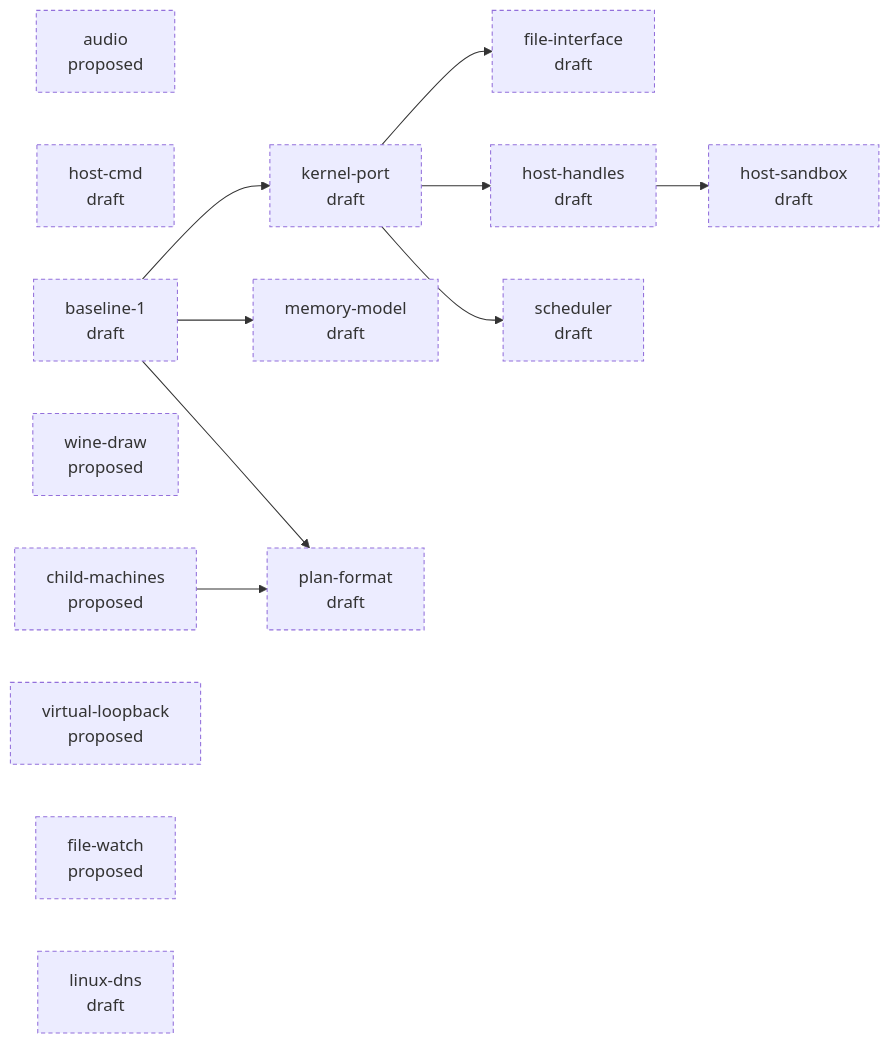
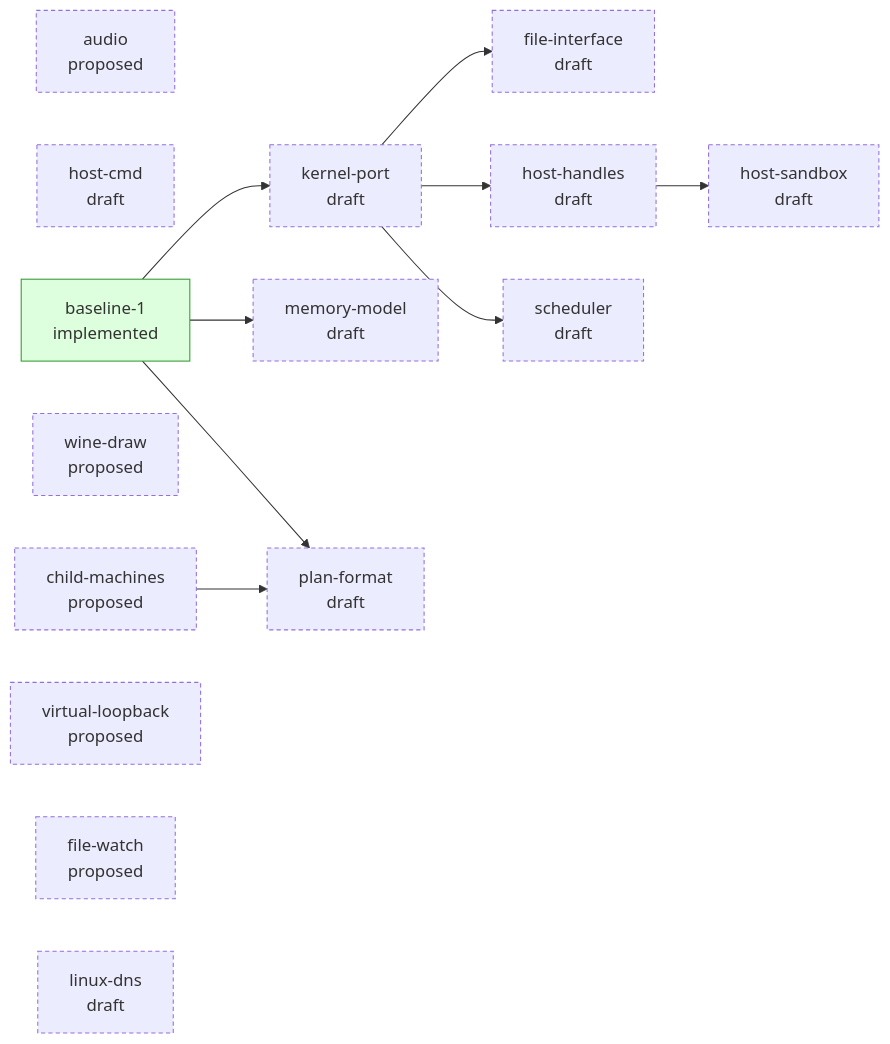
Before and after one commit to progrium/hyper9: the diagram in design/STATUS.md, drawn with Mermaid. The commit also changed other lines of this file, not shown here.

````diff
--- a/design/STATUS.md
+++ b/design/STATUS.md
@@ -25,30 +25,30 @@
 ```mermaid
 flowchart LR
   classDef draft stroke-dasharray: 4 3
   classDef accepted stroke-width: 2px
   classDef implemented fill:#dfd,stroke:#393
   classDef closed fill:#eee,stroke:#999,color:#777
   p_host_sandbox["host-sandbox<br/>draft"]:::draft
   p_audio["audio<br/>proposed"]:::draft
   p_host_cmd["host-cmd<br/>draft"]:::draft
   p_child_machines["child-machines<br/>proposed"]:::draft
   p_wine_draw["wine-draw<br/>proposed"]:::draft
-  p_baseline_1["baseline-1<br/>draft"]:::draft
+  p_baseline_1["baseline-1<br/>implemented"]:::implemented
   p_file_interface["file-interface<br/>draft"]:::draft
   p_host_handles["host-handles<br/>draft"]:::draft
   p_kernel_port["kernel-port<br/>draft"]:::draft
   p_memory_model["memory-model<br/>draft"]:::draft
   p_plan_format["plan-format<br/>draft"]:::draft
   p_scheduler["scheduler<br/>draft"]:::draft
   p_virtual_loopback["virtual-loopback<br/>proposed"]:::draft
   p_file_watch["file-watch<br/>proposed"]:::draft
   p_linux_dns["linux-dns<br/>draft"]:::draft
   p_host_handles --> p_host_sandbox
   p_kernel_port --> p_file_interface
   p_kernel_port --> p_host_handles
   p_baseline_1 --> p_kernel_port
   p_baseline_1 --> p_memory_model
   p_baseline_1 --> p_plan_format
   p_child_machines --> p_plan_format
   p_kernel_port --> p_scheduler
 ```
````
